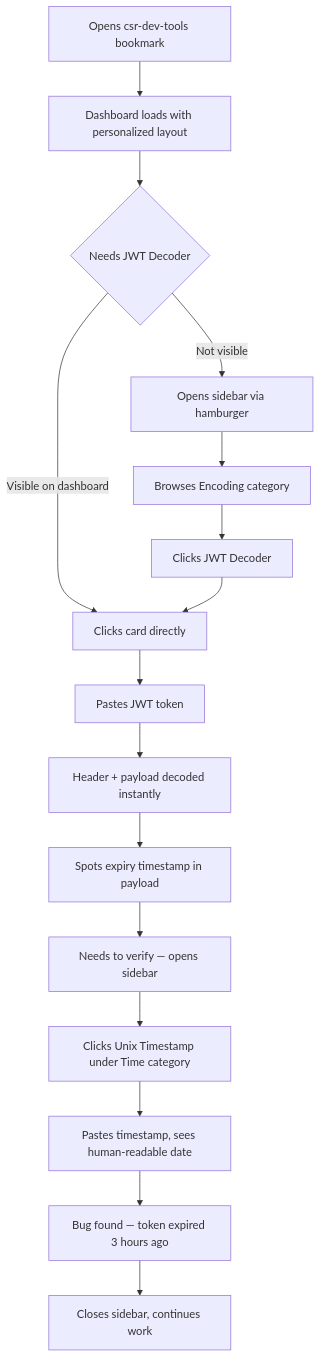
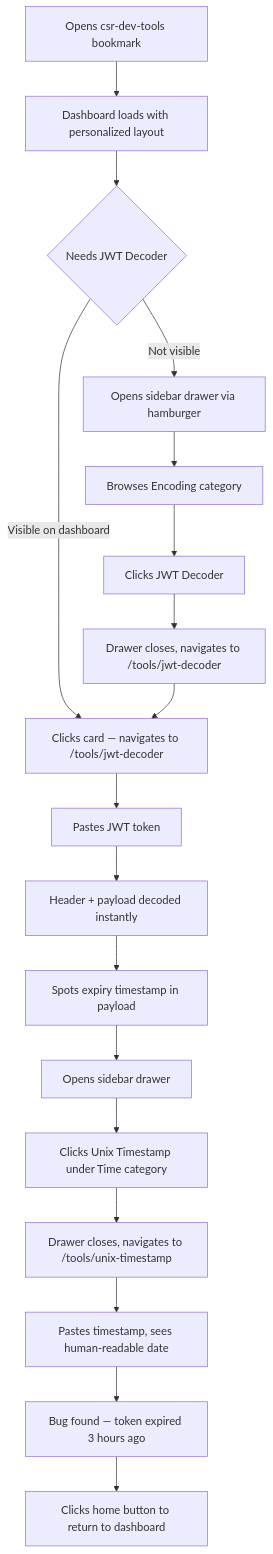
The second of 4 diagrams in _bmad-output/planning-artifacts/ux-design-specification.md (boengai/csr-dev-tools), drawn with Mermaid before and after one commit. The commit also changed other lines of this file and 9 other files, not shown here.

````diff
--- a/_bmad-output/planning-artifacts/ux-design-specification.md
+++ b/_bmad-output/planning-artifacts/ux-design-specification.md
@@ -634,18 +646,20 @@
 ```mermaid
 flowchart TD
     A[Opens csr-dev-tools bookmark] --> B[Dashboard loads with personalized layout]
     B --> C{Needs JWT Decoder}
-    C -->|Visible on dashboard| D[Clicks card directly]
-    C -->|Not visible| E[Opens sidebar via hamburger]
+    C -->|Visible on dashboard| D[Clicks card — navigates to /tools/jwt-decoder]
+    C -->|Not visible| E[Opens sidebar drawer via hamburger]
     E --> F[Browses Encoding category]
     F --> G[Clicks JWT Decoder]
-    G --> D
-    D --> H[Pastes JWT token]
-    H --> I[Header + payload decoded instantly]
-    I --> J[Spots expiry timestamp in payload]
-    J --> K[Needs to verify — opens sidebar]
-    K --> L[Clicks Unix Timestamp under Time category]
-    L --> M[Pastes timestamp, sees human-readable date]
-    M --> N[Bug found — token expired 3 hours ago]
-    N --> O[Closes sidebar, continues work]
+    G --> H[Drawer closes, navigates to /tools/jwt-decoder]
+    H --> D
+    D --> I[Pastes JWT token]
+    I --> J[Header + payload decoded instantly]
+    J --> K[Spots expiry timestamp in payload]
+    K --> L[Opens sidebar drawer]
+    L --> M[Clicks Unix Timestamp under Time category]
+    M --> N[Drawer closes, navigates to /tools/unix-timestamp]
+    N --> O[Pastes timestamp, sees human-readable date]
+    O --> P[Bug found — token expired 3 hours ago]
+    P --> Q[Clicks home button to return to dashboard]
 ```
````
